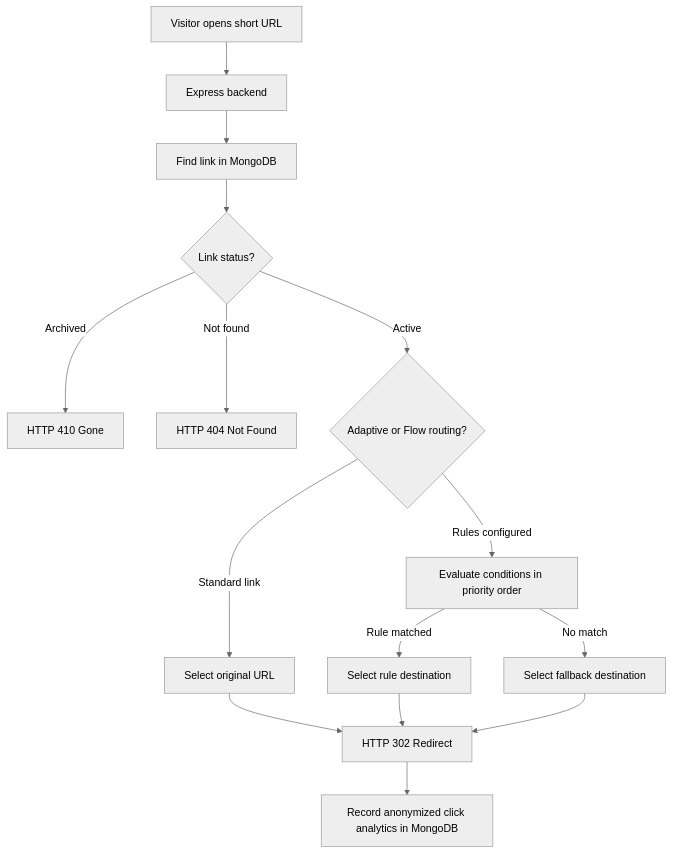
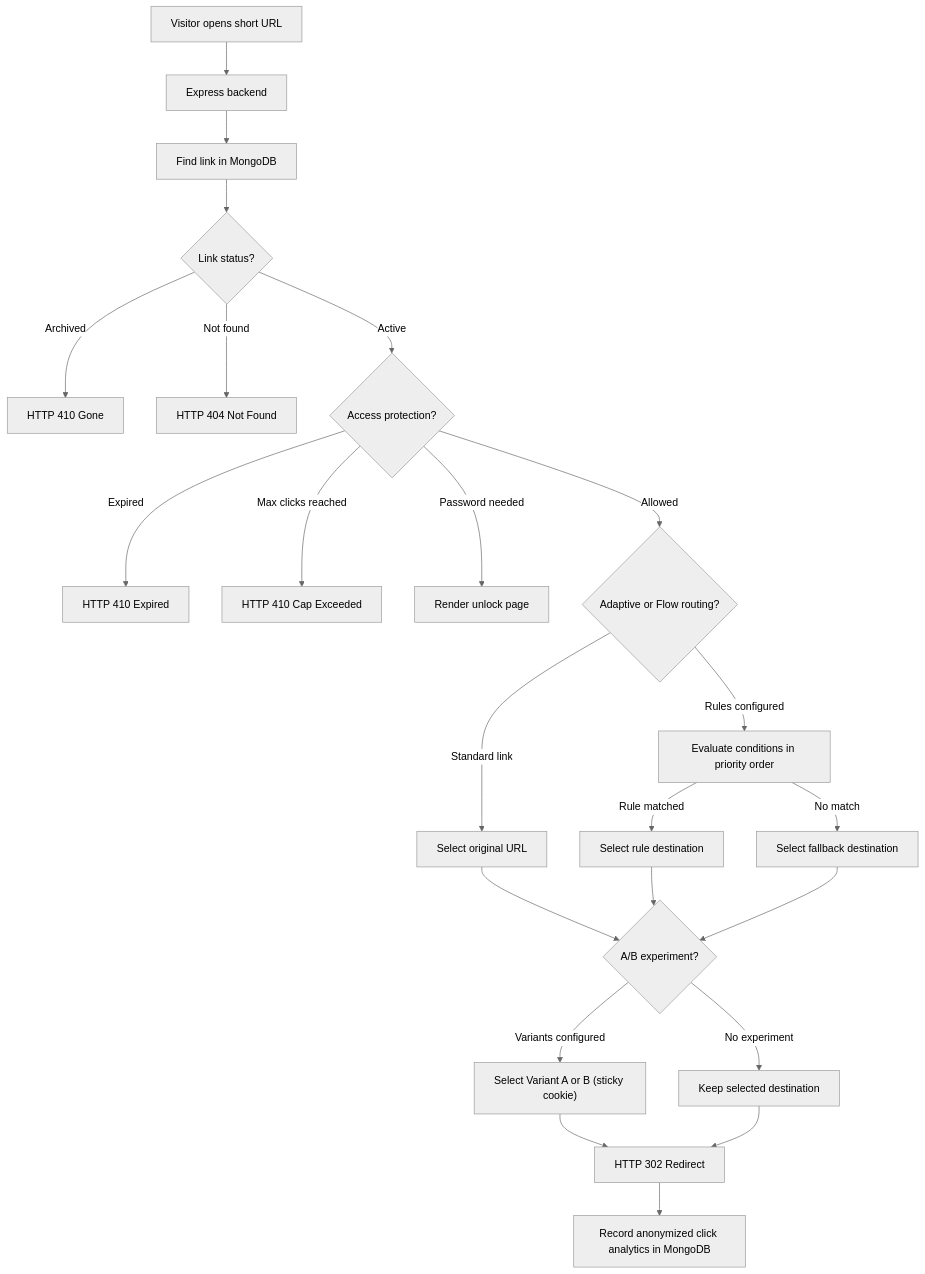
One commit to midatbest-core/linkify changed the diagram in README.md. Above: the diagram before and after it, drawn with Mermaid (neutral theme). The commit also changed other lines of this file and 28 other files, not shown here.

````diff
--- a/README.md
+++ b/README.md
@@ -120,17 +140,25 @@
 ```mermaid
 flowchart TD
     A["Visitor opens short URL"] --> B["Express backend"]
     B --> C["Find link in MongoDB"]
     C --> D{"Link status?"}
     D -->|"Archived"| E["HTTP 410 Gone"]
     D -->|"Not found"| F["HTTP 404 Not Found"]
-    D -->|"Active"| G{"Adaptive or Flow routing?"}
-    G -->|"Standard link"| H["Select original URL"]
-    G -->|"Rules configured"| I["Evaluate conditions in priority order"]
-    I -->|"Rule matched"| J["Select rule destination"]
-    I -->|"No match"| K["Select fallback destination"]
-    H --> L["HTTP 302 Redirect"]
-    J --> L
-    K --> L
-    L --> M["Record anonymized click analytics in MongoDB"]
+    D -->|"Active"| G{"Access protection?"}
+    G -->|"Expired"| H["HTTP 410 Expired"]
+    G -->|"Max clicks reached"| I["HTTP 410 Cap Exceeded"]
+    G -->|"Password needed"| J["Render unlock page"]
+    G -->|"Allowed"| K{"Adaptive or Flow routing?"}
+    K -->|"Standard link"| L["Select original URL"]
+    K -->|"Rules configured"| M["Evaluate conditions in priority order"]
+    M -->|"Rule matched"| N["Select rule destination"]
+    M -->|"No match"| O["Select fallback destination"]
+    L --> P{"A/B experiment?"}
+    N --> P
+    O --> P
+    P -->|"Variants configured"| Q["Select Variant A or B (sticky cookie)"]
+    P -->|"No experiment"| R["Keep selected destination"]
+    Q --> S["HTTP 302 Redirect"]
+    R --> S
+    S --> T["Record anonymized click analytics in MongoDB"]
 ```
````
